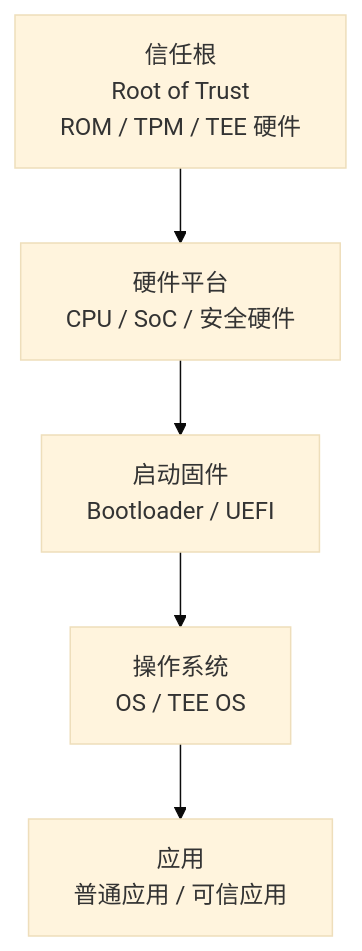
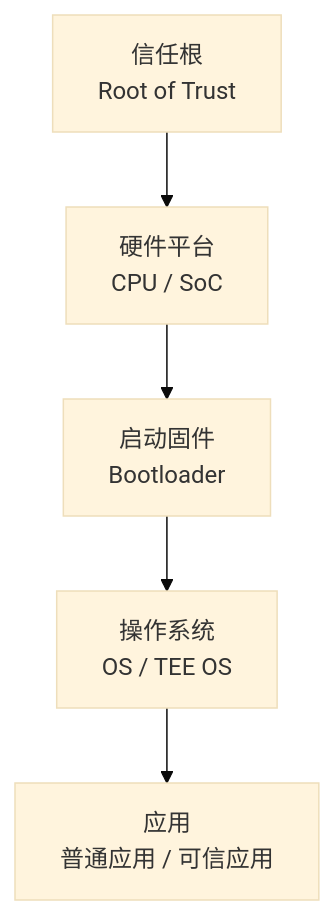
Before and after one commit to savehair/Obsidian_note: the diagram in 大数据安全/总复习.md, drawn with Mermaid (base theme). The commit also changed other lines of this file, not shown here.

Commit message:
vault backup: 2025-12-25 19:51:53

````diff
--- a/大数据安全/总复习.md
+++ b/大数据安全/总复习.md
@@ -186,7 +186,7 @@
-```Mermaid
+```mermaid
 graph TD
-    A[信任根<br/>Root of Trust<br/>ROM / TPM / TEE 硬件] --> B[硬件平台<br/>CPU / SoC / 安全硬件]
-    B --> C[启动固件<br/>Bootloader / UEFI]
+    A[信任根<br/>Root of Trust] --> B[硬件平台<br/>CPU / SoC]
+    B --> C[启动固件<br/>Bootloader]
     C --> D[操作系统<br/>OS / TEE OS]
     D --> E[应用<br/>普通应用 / 可信应用]
 ```
````
